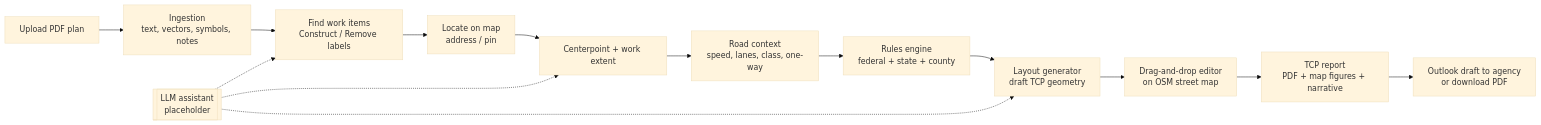
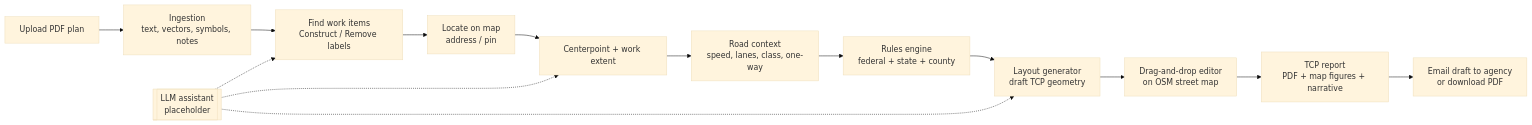
Before and after one commit to teprice92/tcp-auto: the diagram in docs/PLAN.md, drawn with Mermaid (base theme). The commit also changed other lines of this file and 1 other file, not shown here.

````diff
--- a/docs/PLAN.md
+++ b/docs/PLAN.md
@@ -62,17 +66,17 @@
 ```mermaid
 flowchart LR
     A[Upload PDF plan] --> B[Ingestion<br/>text, vectors, symbols, notes]
     B --> C[Find work items<br/>Construct / Remove labels]
     C --> D[Locate on map<br/>address / pin]
     D --> E[Centerpoint + work extent]
     E --> F[Road context<br/>speed, lanes, class, one-way]
     F --> G[Rules engine<br/>federal + state + county]
     G --> H[Layout generator<br/>draft TCP geometry]
     H --> I[Drag-and-drop editor<br/>on OSM street map]
     I --> J[TCP report<br/>PDF + map figures + narrative]
-    J --> K[Outlook draft to agency<br/>or download PDF]
+    J --> K[Email draft to agency<br/>or download PDF]
 
     L[[LLM assistant<br/>placeholder]] -.-> C
     L -.-> E
     L -.-> H
 ```
````
